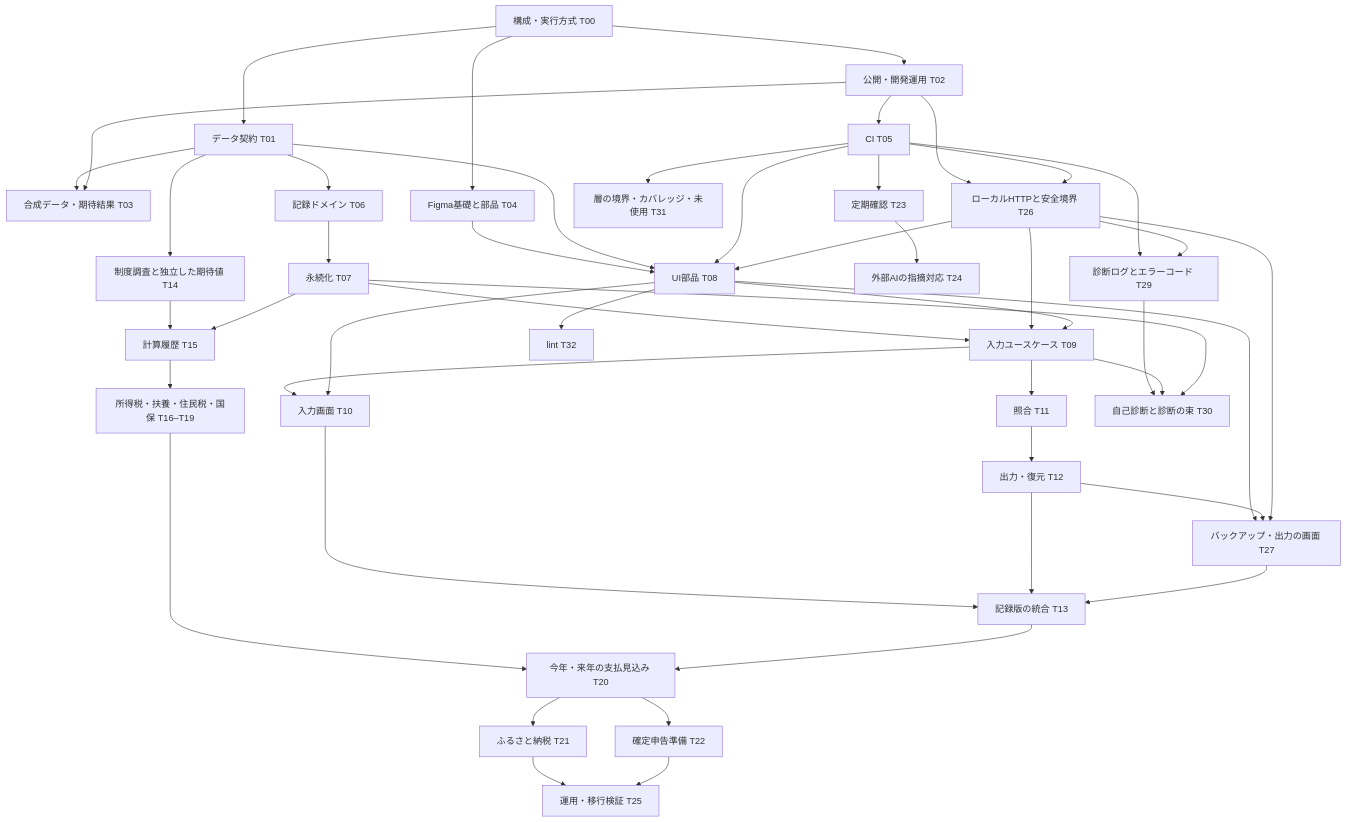
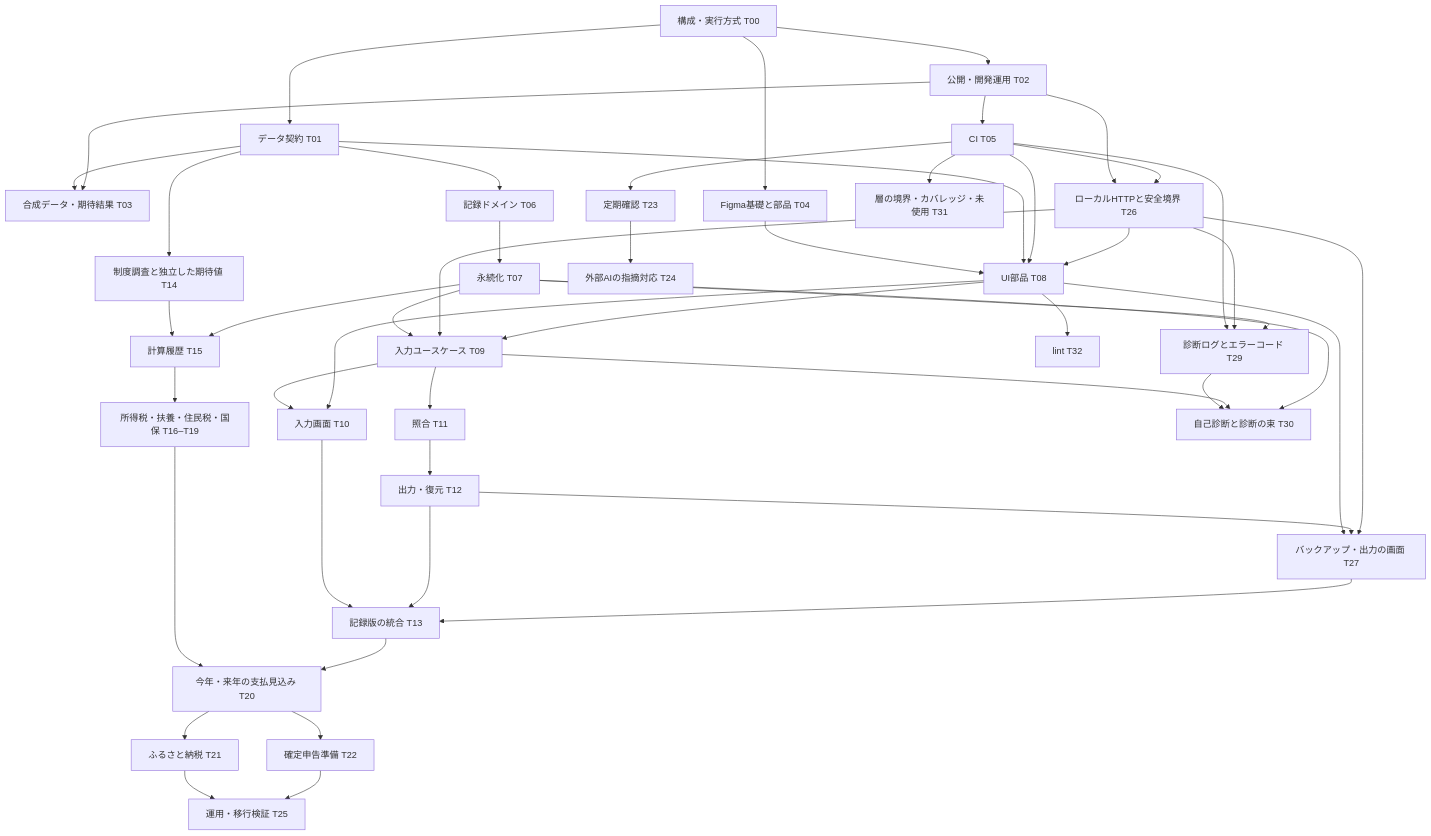
One commit to doc-gif/kurashi-ledger changed the diagram in docs/implementation-plan.md. Above: the diagram before and after it, drawn with Mermaid. The commit also changed other lines of this file and 2 other files, not shown here.

````diff
--- a/docs/implementation-plan.md
+++ b/docs/implementation-plan.md
@@ -30,49 +30,50 @@
 ```mermaid
 flowchart TD
   T00[構成・実行方式 T00] --> T01[データ契約 T01]
   T00 --> T02[公開・開発運用 T02]
   T01 --> T03[合成データ・期待結果 T03]
   T02 --> T03
   T01 --> T06[記録ドメイン T06]
   T00 --> T04[Figma基礎と部品 T04]
   T04 --> T08[UI部品 T08]
   T01 --> T08
   T02 --> T05[CI T05]
   T05 --> T08
   T06 --> T07[永続化 T07]
   T07 --> T09[入力ユースケース T09]
   T02 --> T26[ローカルHTTPと安全境界 T26]
   T05 --> T26
   T26 --> T09
   T08 --> T09
   T26 --> T08
   T09 --> T10[入力画面 T10]
   T08 --> T10
   T09 --> T11[照合 T11]
   T11 --> T12[出力・復元 T12]
   T08 --> T27[バックアップ・出力の画面 T27]
   T12 --> T27
   T26 --> T27
   T10 --> T13[記録版の統合 T13]
   T12 --> T13
   T27 --> T13
   T01 --> T14[制度調査と独立した期待値 T14]
   T14 --> T15[計算履歴 T15]
   T07 --> T15
   T15 --> CALC[所得税・扶養・住民税・国保 T16–T19]
   CALC --> T20[今年・来年の支払見込み T20]
   T13 --> T20
   T20 --> T21[ふるさと納税 T21]
   T20 --> T22[確定申告準備 T22]
   T05 --> T23[定期確認 T23]
   T23 --> T24[外部AIの指摘対応 T24]
   T05 --> T29[診断ログとエラーコード T29]
   T26 --> T29
+  T07 --> T29
   T29 --> T30[自己診断と診断の束 T30]
   T09 --> T30
   T07 --> T30
   T05 --> T31[層の境界・カバレッジ・未使用 T31]
   T08 --> T32[lint T32]
   T21 --> T25[運用・移行検証 T25]
   T22 --> T25
 ```
````
